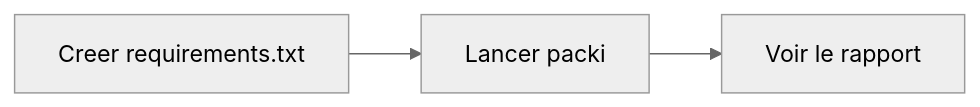
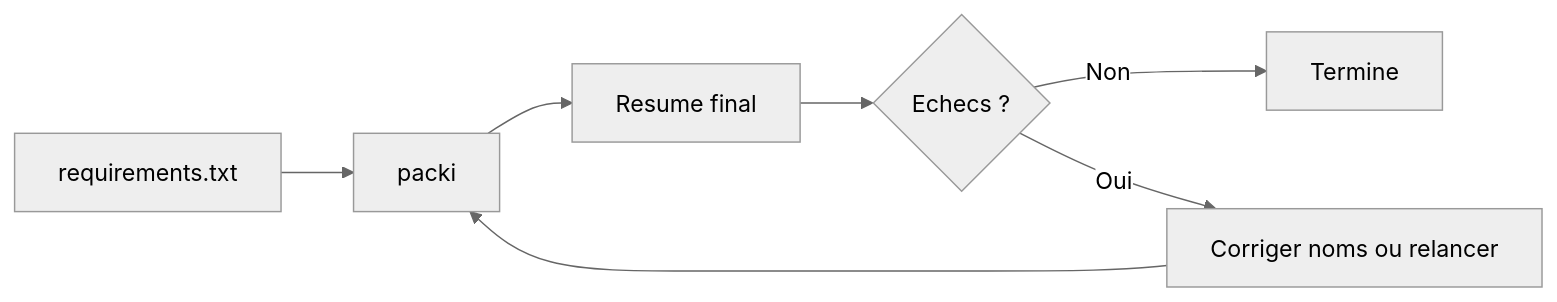
Before and after one commit to ThorLex/packInstaller: the diagram in docs/utilisation/index.md, drawn with Mermaid (neutral theme). The commit also changed other lines of this file and 121 other files, not shown here.

````diff
--- a/docs/utilisation/index.md
+++ b/docs/utilisation/index.md
@@ -11,5 +14,9 @@
 ```mermaid
 flowchart LR
-    A[Creer requirements.txt] --> B[Lancer packi]
-    B --> C[Voir le rapport]
+    A[requirements.txt] --> B[packi]
+    B --> C[Resume final]
+    C --> D{Echecs ?}
+    D -- Non --> E[Termine]
+    D -- Oui --> F[Corriger noms ou relancer]
+    F --> B
 ```
````
